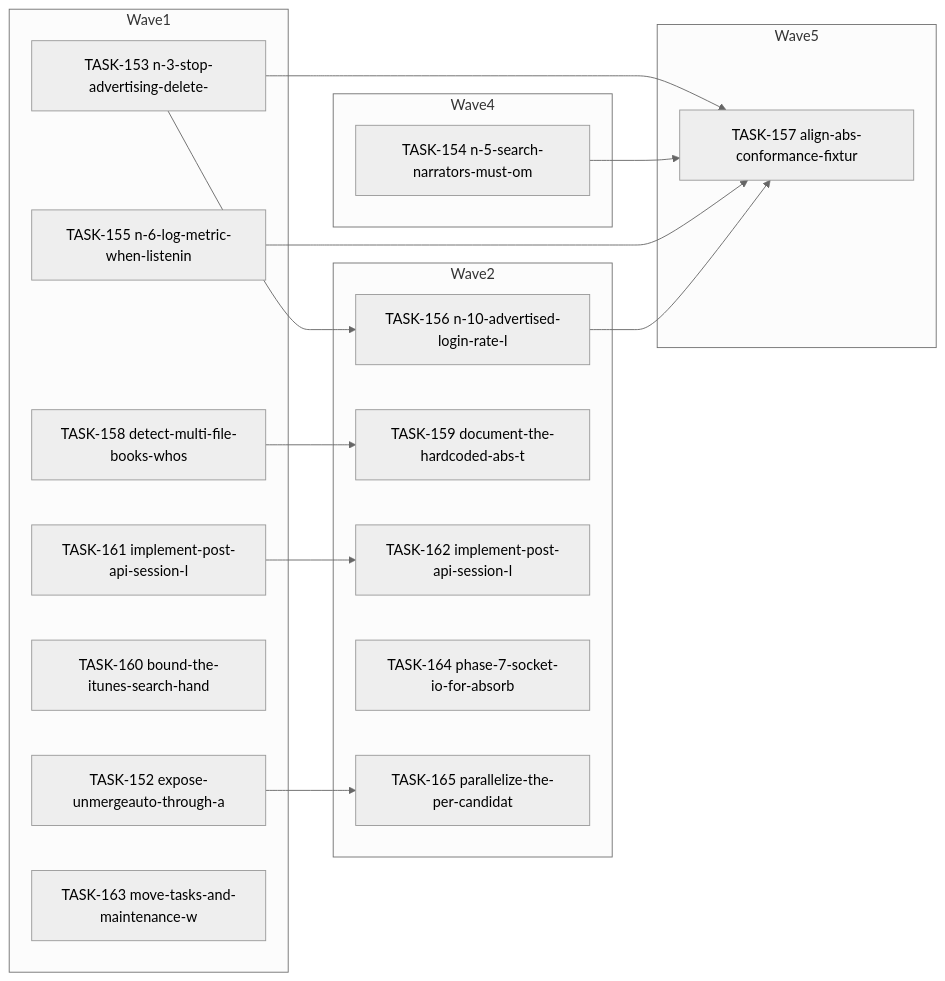
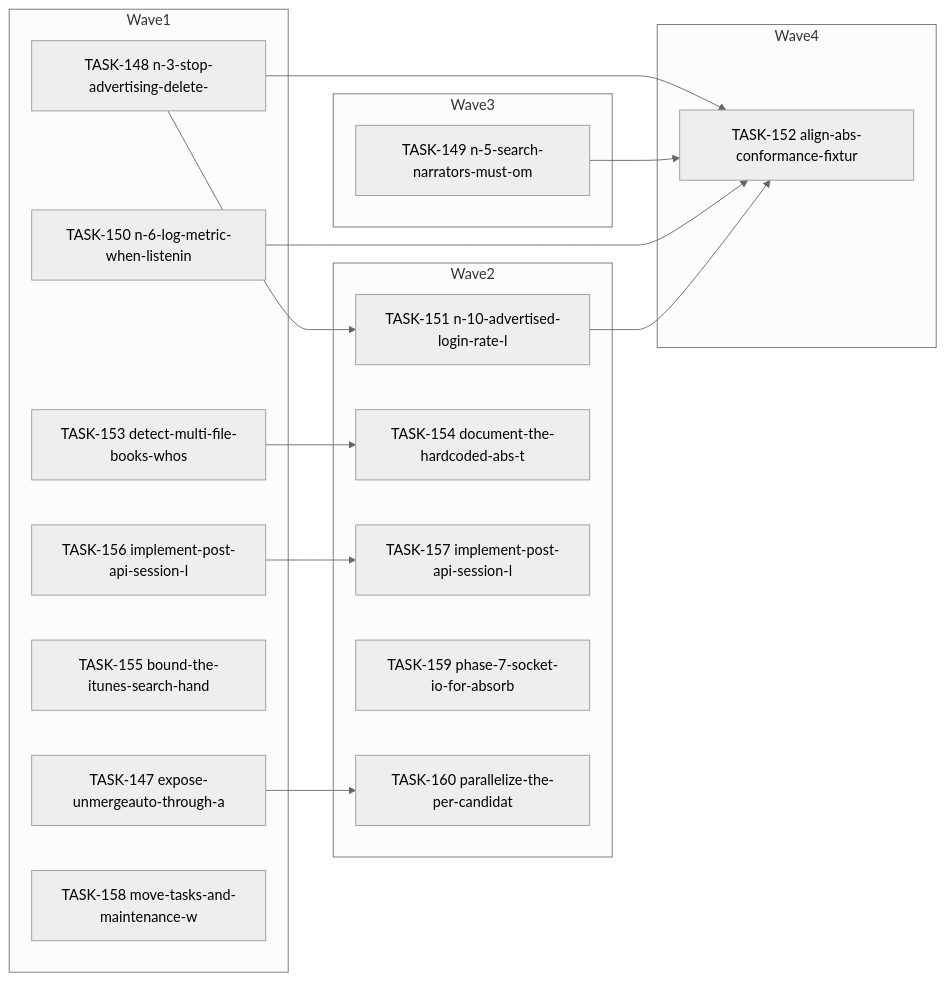
The diagram in docs/agent-tasks/todo-completion/server-handlers/orchestration.md (falkcorp/audiobook-organizer), drawn with Mermaid (neutral theme) before and after one commit. The commit also changed other lines of this file and 428 other files, not shown here.

````diff
--- a/docs/agent-tasks/todo-completion/server-handlers/orchestration.md
+++ b/docs/agent-tasks/todo-completion/server-handlers/orchestration.md
@@ -12,33 +12,33 @@
 ```mermaid
 flowchart LR
     subgraph Wave1
-      TASK152[TASK-152 expose-unmergeauto-through-a]
-      TASK153[TASK-153 n-3-stop-advertising-delete-]
-      TASK155[TASK-155 n-6-log-metric-when-listenin]
-      TASK158[TASK-158 detect-multi-file-books-whos]
-      TASK160[TASK-160 bound-the-itunes-search-hand]
-      TASK161[TASK-161 implement-post-api-session-l]
-      TASK163[TASK-163 move-tasks-and-maintenance-w]
+      TASK147[TASK-147 expose-unmergeauto-through-a]
+      TASK148[TASK-148 n-3-stop-advertising-delete-]
+      TASK150[TASK-150 n-6-log-metric-when-listenin]
+      TASK153[TASK-153 detect-multi-file-books-whos]
+      TASK155[TASK-155 bound-the-itunes-search-hand]
+      TASK156[TASK-156 implement-post-api-session-l]
+      TASK158[TASK-158 move-tasks-and-maintenance-w]
     end
     subgraph Wave2
-      TASK156[TASK-156 n-10-advertised-login-rate-l]
-      TASK159[TASK-159 document-the-hardcoded-abs-t]
-      TASK162[TASK-162 implement-post-api-session-l]
-      TASK164[TASK-164 phase-7-socket-io-for-absorb]
-      TASK165[TASK-165 parallelize-the-per-candidat]
+      TASK151[TASK-151 n-10-advertised-login-rate-l]
+      TASK154[TASK-154 document-the-hardcoded-abs-t]
+      TASK157[TASK-157 implement-post-api-session-l]
+      TASK159[TASK-159 phase-7-socket-io-for-absorb]
+      TASK160[TASK-160 parallelize-the-per-candidat]
+    end
+    subgraph Wave3
+      TASK149[TASK-149 n-5-search-narrators-must-om]
     end
     subgraph Wave4
-      TASK154[TASK-154 n-5-search-narrators-must-om]
+      TASK152[TASK-152 align-abs-conformance-fixtur]
     end
-    subgraph Wave5
-      TASK157[TASK-157 align-abs-conformance-fixtur]
-    end
-    TASK152 --> TASK165
-    TASK153 --> TASK156
-    TASK153 --> TASK157
-    TASK154 --> TASK157
-    TASK155 --> TASK157
+    TASK147 --> TASK160
+    TASK148 --> TASK151
+    TASK148 --> TASK152
+    TASK149 --> TASK152
+    TASK150 --> TASK152
+    TASK151 --> TASK152
+    TASK153 --> TASK154
     TASK156 --> TASK157
-    TASK158 --> TASK159
-    TASK161 --> TASK162
 ```
````
